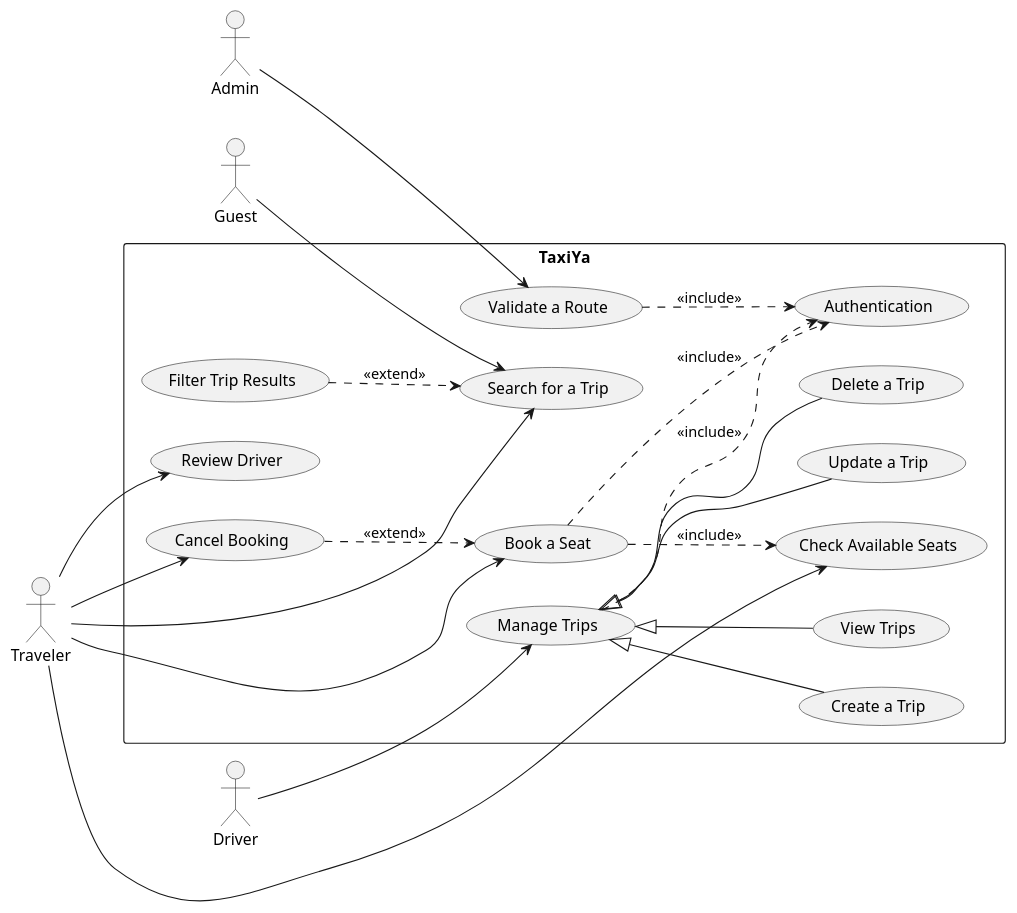
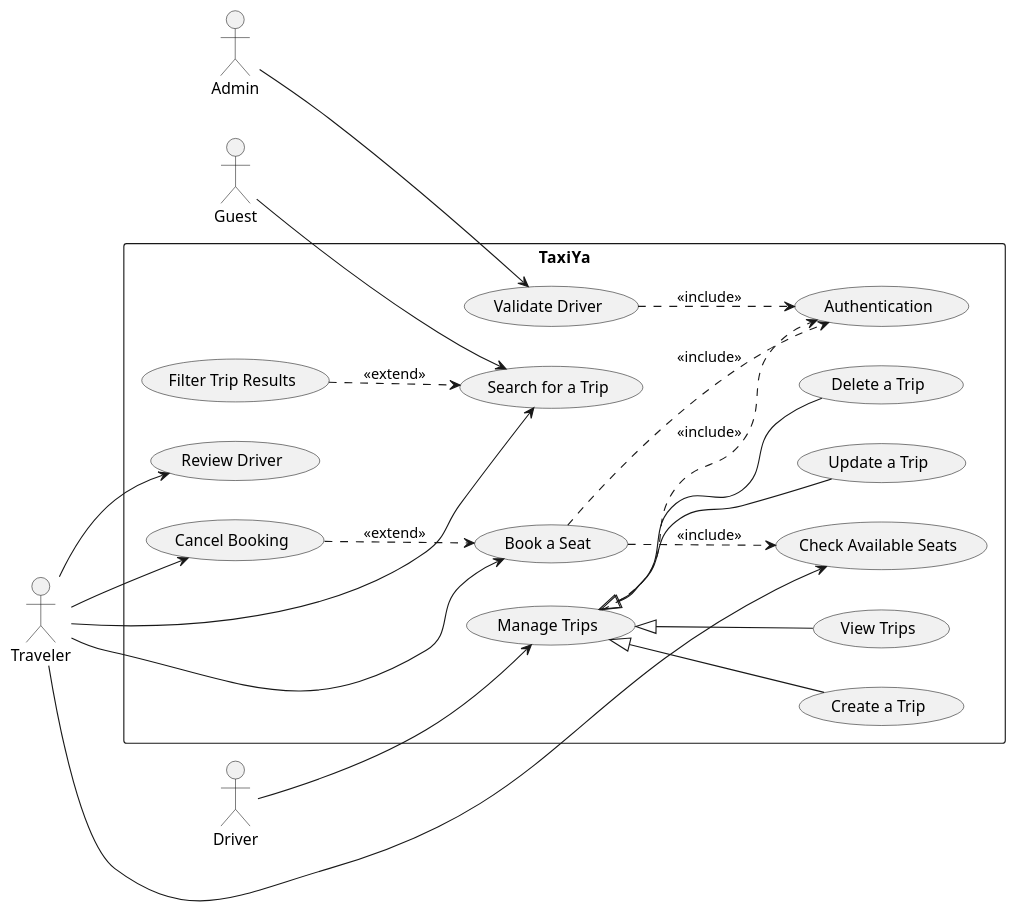
The diagram in docs/usecase_diagram.puml (SaiKYouBoi/Taxiya), drawn with PlantUML before and after one commit. The commit also changed 2 other files, not shown here.

Commit message:
reranged view for driver info

```diff
--- a/docs/usecase_diagram.puml
+++ b/docs/usecase_diagram.puml
@@ -1,72 +1,72 @@
 @startuml TaxiYa
 
 left to right direction
 
 actor Admin as A
 actor Traveler as T
 actor Driver as D
 actor Guest as G
 
 rectangle TaxiYa {
 
-    ' ----------- TRAVEL FEATURES -----------
+
 
     usecase "Search for a Trip" as U1
     usecase "Filter Trip Results" as U12
     usecase "Check Available Seats" as U10
     usecase "Book a Seat" as U2
     usecase "Cancel Booking" as U15
     usecase "Review Driver" as U16
 
-    ' ----------- DRIVER FEATURES -----------
+
 
     usecase "Manage Trips" as U4
     usecase "Create a Trip" as U5
     usecase "View Trips" as U6
     usecase "Update a Trip" as U7
     usecase "Delete a Trip" as U8
 
-    ' ----------- ADMIN FEATURE -----------
 
-    usecase "Validate a Route" as U9
 
-    ' ----------- AUTH -----------
+    usecase "Validate Driver" as U9
+
+
 
     usecase "Authentication" as U11
 }
 
-' ----------- ACTOR CONNECTIONS -----------
+
 
 G --> U1
 
 T --> U1
 T --> U2
 T --> U10
 T --> U15
 T --> U16
 
 D --> U4
 
 A --> U9
 
-' ----------- GENERALIZATION (Manage Trips Breakdown) -----------
+
 
 U4 <|-- U5
 U4 <|-- U6
 U4 <|-- U7
 U4 <|-- U8
 
-' ----------- INCLUDE RELATIONSHIPS -----------
+
 
 U4 ..> U11 : <<include>>
 U2 ..> U11 : <<include>>
 U9 ..> U11 : <<include>>
 
 U2 ..> U10 : <<include>>
 
-' ----------- EXTENSIONS -----------
+
 
 U12 ..> U1 : <<extend>>
 U15 ..> U2 : <<extend>>
 
 @enduml
```
